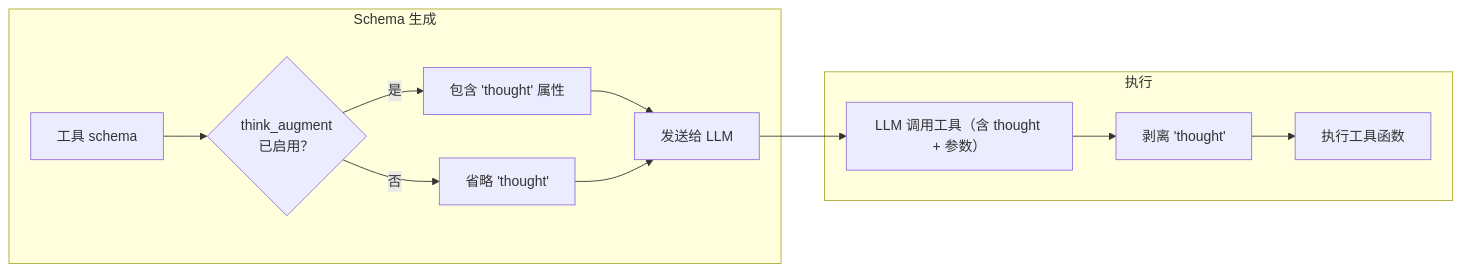
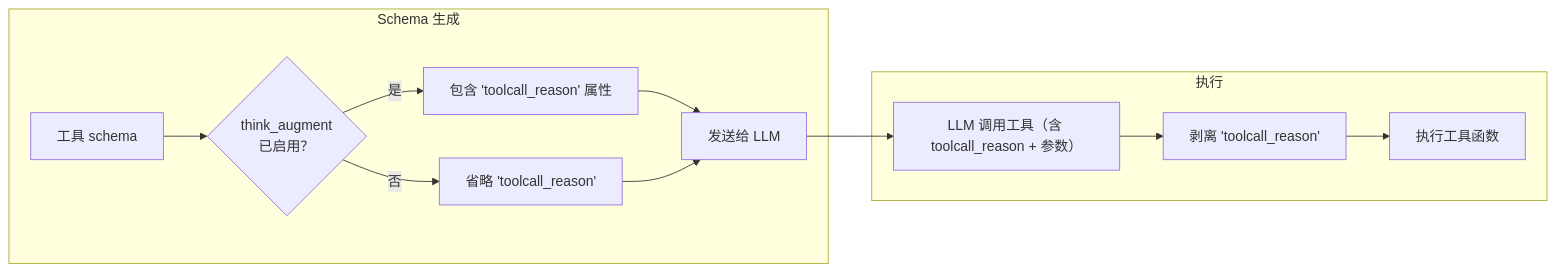
The diagram in docs/usage/think_augmented.md (Oaklight/ToolRegistry), drawn with Mermaid before and after one commit. The commit also changed other lines of this file and 2 other files, not shown here.

Commit message:
docs: update toolcall reason augmentation docs

````diff
--- a/docs/usage/think_augmented.md
+++ b/docs/usage/think_augmented.md
@@ -21,15 +23,15 @@
 ```mermaid
 flowchart LR
     subgraph Schema 生成
         Tool["工具 schema"] --> Check{"think_augment\n已启用？"}
-        Check -->|是| Inject["包含 'thought' 属性"]
-        Check -->|否| Skip["省略 'thought'"]
+        Check -->|是| Inject["包含 'toolcall_reason' 属性"]
+        Check -->|否| Skip["省略 'toolcall_reason'"]
         Inject --> LLM["发送给 LLM"]
         Skip --> LLM
     end
     subgraph 执行
-        LLM --> Call["LLM 调用工具（含 thought + 参数）"]
-        Call --> Strip["剥离 'thought'"]
+        LLM --> Call["LLM 调用工具（含 toolcall_reason + 参数）"]
+        Call --> Strip["剥离 'toolcall_reason'"]
         Strip --> Run["执行工具函数"]
     end
 ```
````
